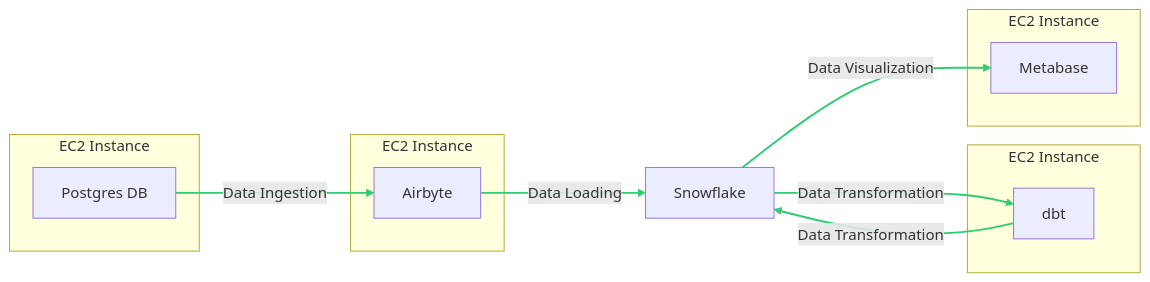
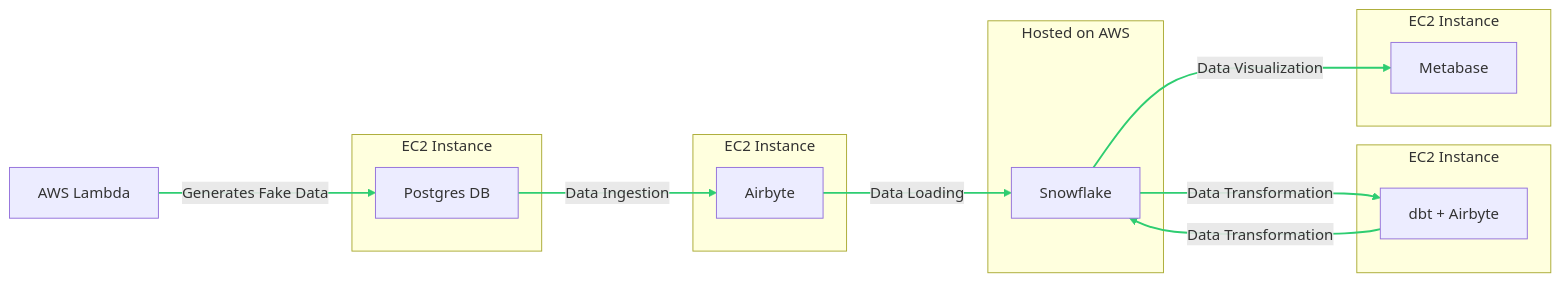
The diagram in README.md (oresttokovenko/RetailFlow), drawn with Mermaid before and after one commit. The commit also changed other lines of this file, not shown here.

````diff
--- a/README.md
+++ b/README.md
@@ -9,28 +9,40 @@
 ```mermaid
 graph LR
+  L["AWS Lambda"]
   subgraph EC2_1["EC2 Instance"]
   P["Postgres DB"]
   end
   subgraph EC2_2["EC2 Instance"]
   A["Airbyte"]
   end
+  subgraph EC2_5["Hosted on AWS"]
   S["Snowflake"]
+  end
   subgraph EC2_3["EC2 Instance"]
-  D["dbt"]
+  D["dbt + Airbyte"]
   end
   subgraph EC2_4["EC2 Instance"]
   M["Metabase"]
   end
+  L -- "Generates Fake Data" --> P
   P -- "Data Ingestion" --> A
   A -- "Data Loading" --> S
   S -- "Data Transformation" --> D
   D -- "Data Transformation" --> S
   S -- "Data Visualization" --> M
   linkStyle 0 stroke:#2ecd71,stroke-width:2px;
   linkStyle 1 stroke:#2ecd71,stroke-width:2px;
   linkStyle 2 stroke:#2ecd71,stroke-width:2px;
   linkStyle 3 stroke:#2ecd71,stroke-width:2px;
   linkStyle 4 stroke:#2ecd71,stroke-width:2px;
+  linkStyle 5 stroke:#2ecd71,stroke-width:2px;
+  linkStyle 0 stroke:#2ecd71,stroke-width:2px;
+  linkStyle 1 stroke:#2ecd71,stroke-width:2px;
+  linkStyle 2 stroke:#2ecd71,stroke-width:2px;
+  linkStyle 3 stroke:#2ecd71,stroke-width:2px;
+  linkStyle 4 stroke:#2ecd71,stroke-width:2px;
+  linkStyle 5 stroke:#2ecd71,stroke-width:2px;
+
 
 
 ```
````
